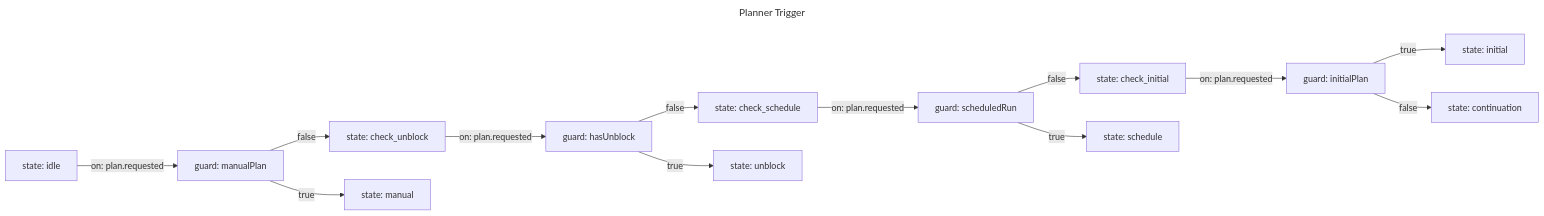
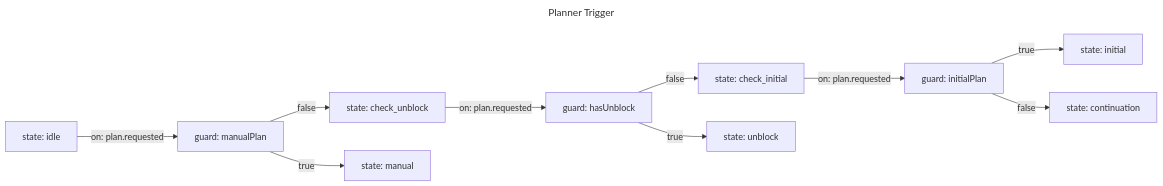
Before and after one commit to lalalic/agents-relay: the diagram in workflow/planner-trigger.mmd, drawn with Mermaid. The commit also changed 159 other files, not shown here.

```diff
--- a/workflow/planner-trigger.mmd
+++ b/workflow/planner-trigger.mmd
@@ -1,36 +1,29 @@
 ---
 title: Planner Trigger
-description: Classifies planning requests as manual, unblock, scheduled, initial, or continuation.
+description: Classifies planning requests as manual, unblock, initial, or continuation.
 ---
 flowchart LR
 %% relay: initial idle
 idle["state: idle"]
 checkUnblock["state: check_unblock"]
-checkSchedule["state: check_schedule"]
 checkInitial["state: check_initial"]
 manual["state: manual"]
 unblock["state: unblock"]
-schedule["state: schedule"]
 initial["state: initial"]
 continuation["state: continuation"]
 
 manualGuard["guard: manualPlan"]
 unblockGuard["guard: hasUnblock"]
-scheduleGuard["guard: scheduledRun"]
 initialGuard["guard: initialPlan"]
 
 idle -->|on: plan.requested| manualGuard
 manualGuard -->|true| manual
 manualGuard -->|false| checkUnblock
 
 checkUnblock -->|on: plan.requested| unblockGuard
 unblockGuard -->|true| unblock
-unblockGuard -->|false| checkSchedule
-
-checkSchedule -->|on: plan.requested| scheduleGuard
-scheduleGuard -->|true| schedule
-scheduleGuard -->|false| checkInitial
+unblockGuard -->|false| checkInitial
 
 checkInitial -->|on: plan.requested| initialGuard
 initialGuard -->|true| initial
 initialGuard -->|false| continuation
```
